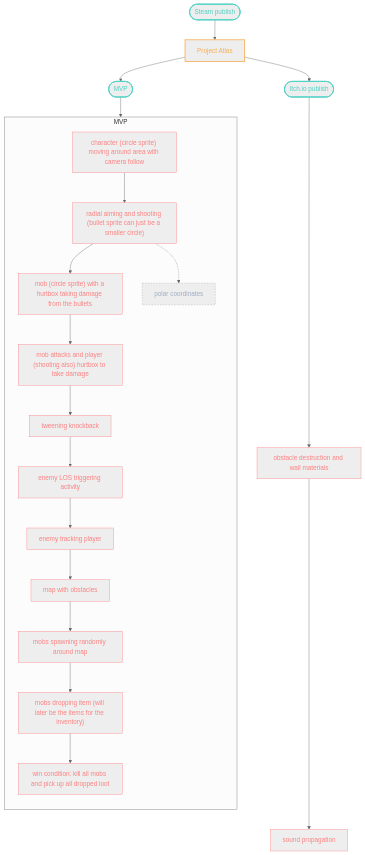
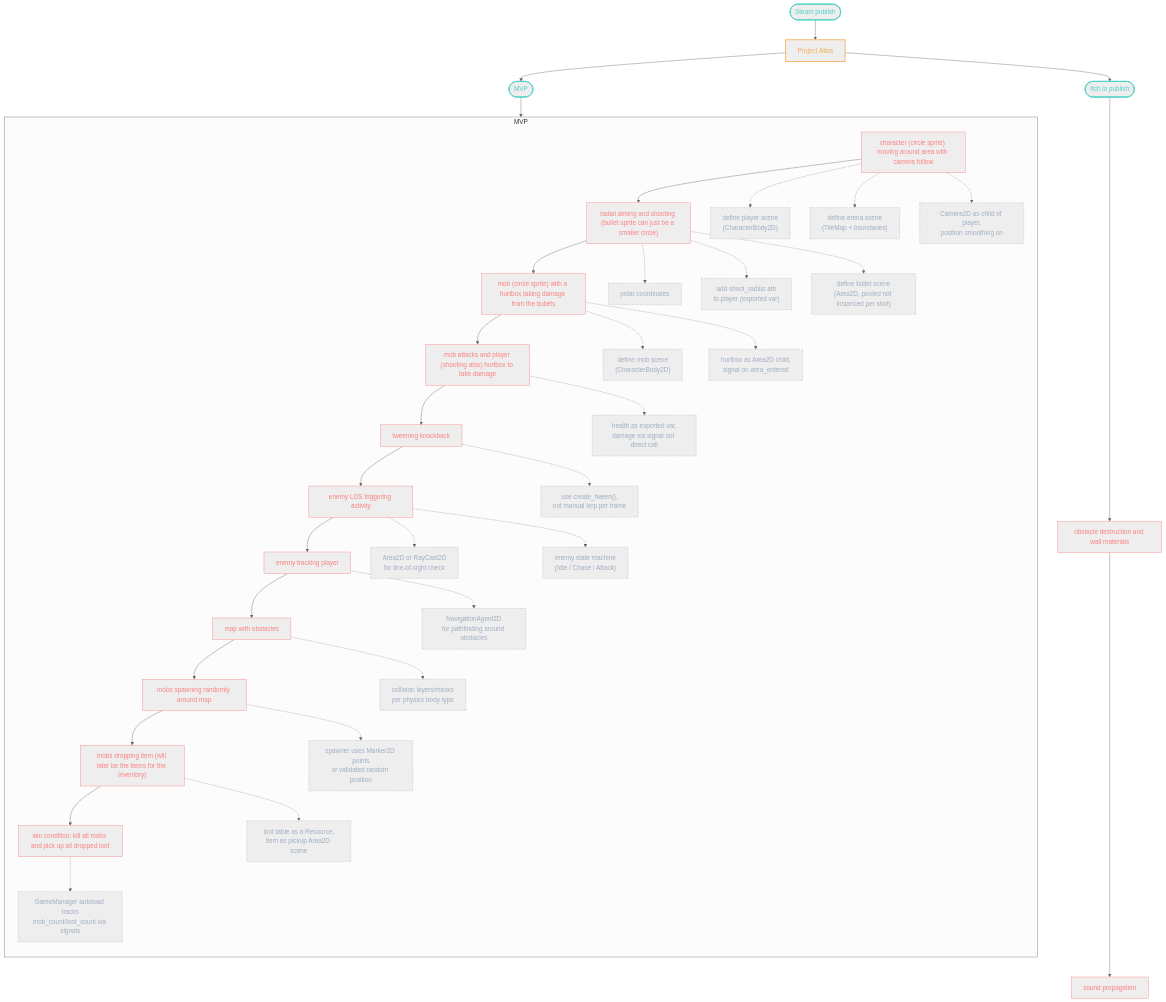
One commit to Angelo10101/Project-Alpha changed the diagram in docs/flowchart.mmd. Above: the diagram before and after it, drawn with Mermaid (neutral theme). The commit also changed 1 other file, not shown here.

Commit message:
updated flowchart with specific insdtructions from claude recommendation on best game dev practices

```diff
--- a/docs/flowchart.mmd
+++ b/docs/flowchart.mmd
@@ -1,31 +1,57 @@
 flowchart TD
     steam(["Steam publish"]):::milestone --> atlas["Project Atlas"]:::hub
     atlas --> itch(["Itch.io publish"]):::milestone
     atlas --> mvp(["MVP"]):::milestone
 
     itch --> obstacles["obstacle destruction and wall materials"]:::task
     obstacles --> soundprop["sound propagation"]:::task
 
     mvp --> A
 
     subgraph mvpGroup ["MVP"]
         direction TB
         A["character (circle sprite) moving around area with camera follow"]:::task --> B
         B["radial aiming and shooting (bullet sprite can just be a smaller circle)"]:::task --> C
         C["mob (circle sprite) with a hurtbox taking damage from the bullets"]:::task --> D
         D["mob attacks and player (shooting also) hurtbox to take damage"]:::task --> E
         E["tweening knockback"]:::task --> F
         F["enemy LOS triggering activity"]:::task --> G
         G["enemy tracking player"]:::task --> H
         H["map with obstacles"]:::task --> I
         I["mobs spawning randomly around map"]:::task --> J
         J["mobs dropping item (will later be the items for the inventory)"]:::task --> K
         K["win condition: kill all mobs and pick up all dropped loot"]:::task
 
+        A -.-> defPlayer["define player scene\n(CharacterBody2D)"]:::note
+        A -.-> defArena["define arena scene\n(TileMap + boundaries)"]:::note
+        A -.-> defCamera["Camera2D as child of player,\nposition smoothing on"]:::note
+
         B -.-> polar["polar coordinates"]:::note
+        B -.-> shootRadius["add shoot_radius attr\nto player (exported var)"]:::note
+        B -.-> defBullet["define bullet scene\n(Area2D, pooled not instanced per shot)"]:::note
+
+        C -.-> defMob["define mob scene\n(CharacterBody2D)"]:::note
+        C -.-> hurtbox["hurtbox as Area2D child,\nsignal on area_entered"]:::note
+
+        D -.-> healthAttr["health as exported var,\ndamage via signal not direct call"]:::note
+
+        E -.-> tweenNote["use create_tween(),\nnot manual lerp per frame"]:::note
+
+        F -.-> losNote["Area2D or RayCast2D\nfor line-of-sight check"]:::note
+        F -.-> stateMachine["enemy state machine\n(Idle / Chase / Attack)"]:::note
+
+        G -.-> navNote["NavigationAgent2D\nfor pathfinding around obstacles"]:::note
+
+        H -.-> tilemapNote["collision layers/masks\nper physics body type"]:::note
+
+        I -.-> spawnerNote["spawner uses Marker2D points\nor validated random position"]:::note
+
+        J -.-> lootNote["loot table as a Resource,\nitem as pickup Area2D scene"]:::note
+
+        K -.-> gmNote["GameManager autoload tracks\nmob_count/loot_count via signals"]:::note
     end
 
     classDef hub stroke:#f6ad55,color:#f6ad55,stroke-width:2px
     classDef milestone stroke:#4fd1c5,color:#4fd1c5,stroke-width:2px
     classDef task stroke:#fc8181,color:#fc8181
     classDef note stroke:#a0aec0,color:#a0aec0,stroke-dasharray: 4 3
```
